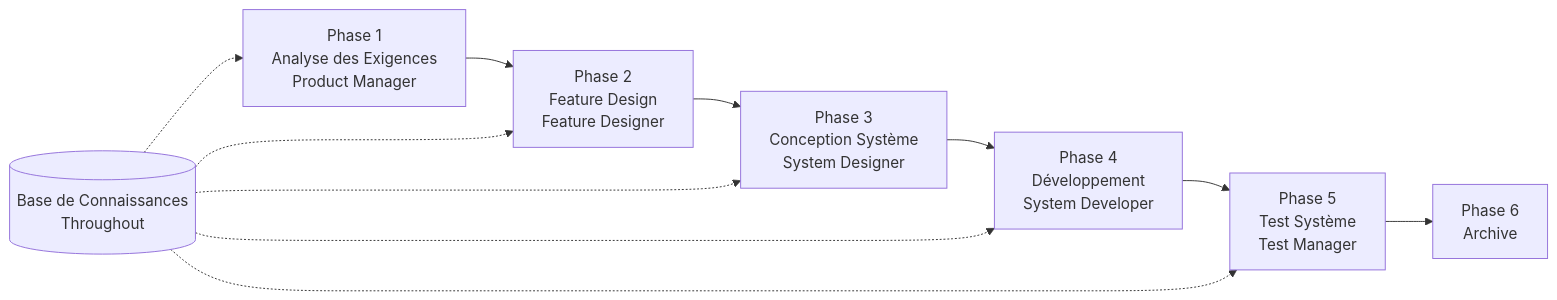
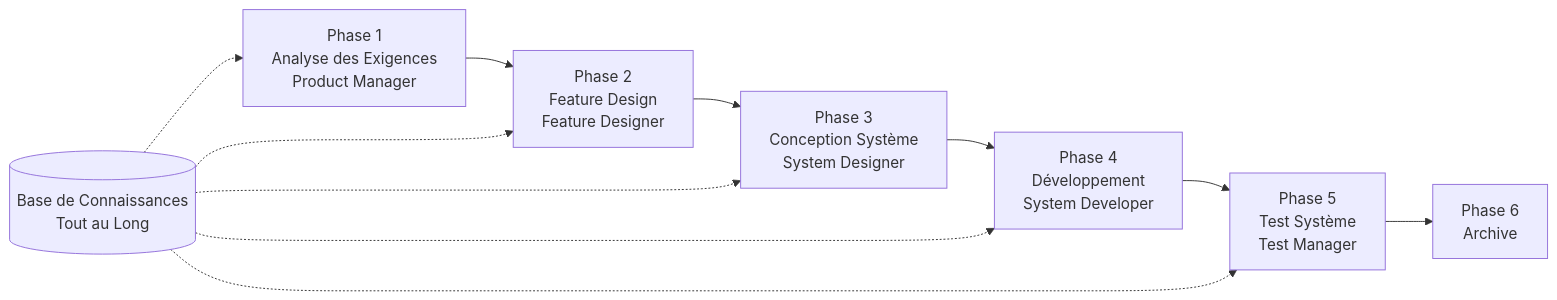
Before and after one commit to charlesmu99/speccrew: the diagram in docs/GETTING-STARTED.fr.md, drawn with Mermaid. The commit also changed other lines of this file and 32 other files, not shown here.

````diff
--- a/docs/GETTING-STARTED.fr.md
+++ b/docs/GETTING-STARTED.fr.md
@@ -69,14 +144,14 @@
 ```mermaid
 flowchart LR
     PRD[Phase 1<br/>Analyse des Exigences<br/>Product Manager] --> FD[Phase 2<br/>Feature Design<br/>Feature Designer]
     FD --> SD[Phase 3<br/>Conception Système<br/>System Designer]
     SD --> DEV[Phase 4<br/>Développement<br/>System Developer]
     DEV --> TEST[Phase 5<br/>Test Système<br/>Test Manager]
     TEST --> ARCHIVE[Phase 6<br/>Archive]
     
-    KB[(Base de Connaissances<br/>Throughout)] -.-> PRD
+    KB[(Base de Connaissances<br/>Tout au Long)] -.-> PRD
     KB -.-> FD
     KB -.-> SD
     KB -.-> DEV
     KB -.-> TEST
 ```
````
